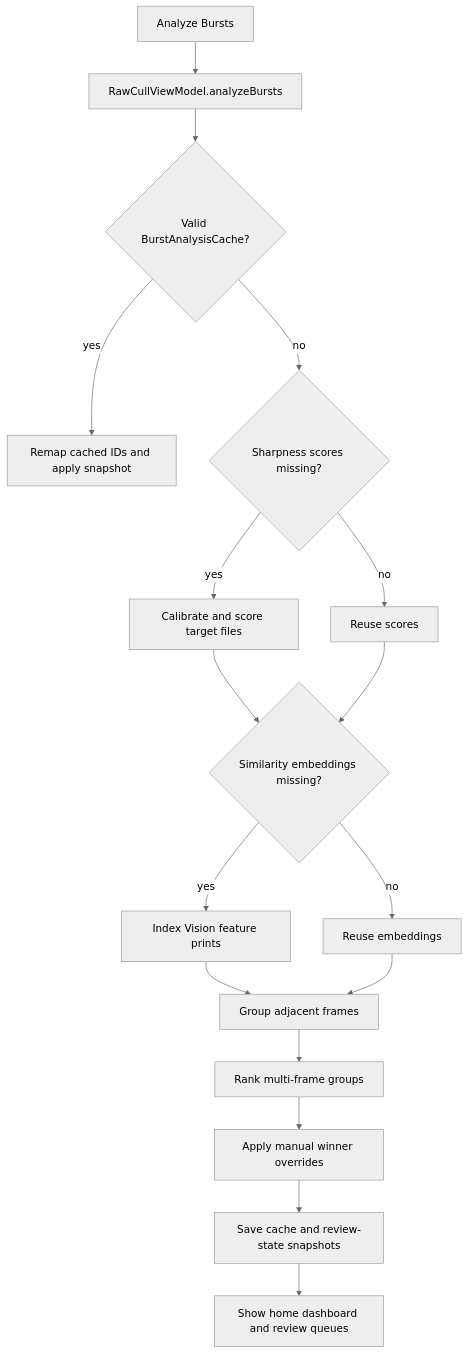
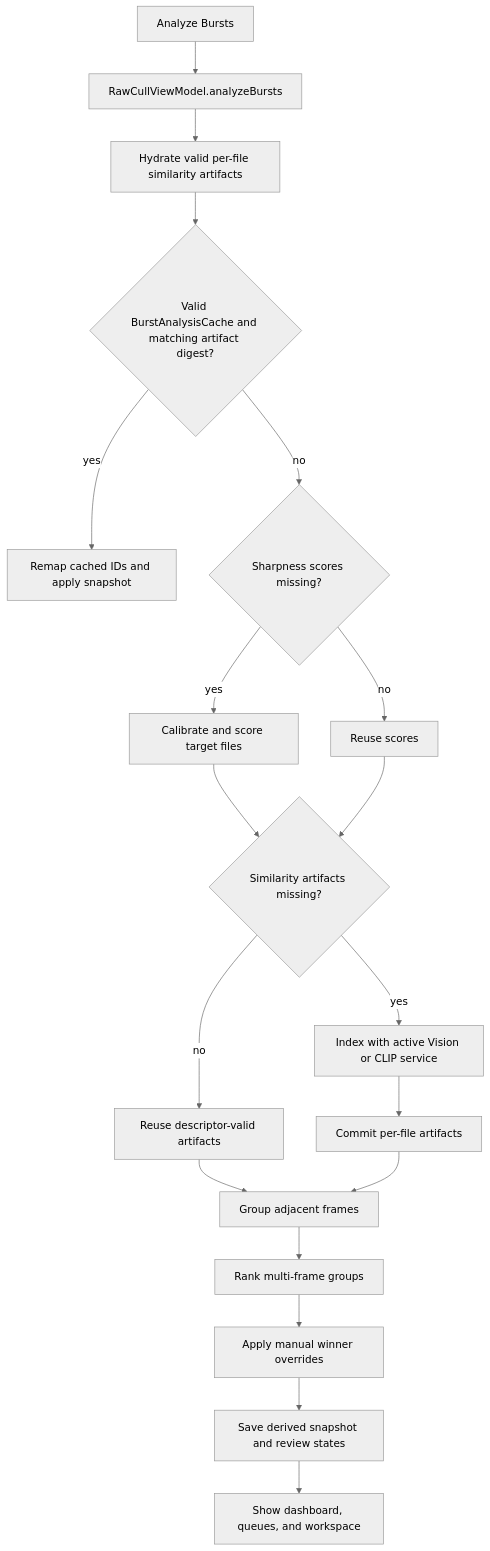
Before and after one commit to rsyncOSX/TechDocRawcull: the diagram in content/en/docs/burstgroup.md, drawn with Mermaid (neutral theme). The commit also changed other lines of this file and 4 other files, not shown here.

````diff
--- a/content/en/docs/burstgroup.md
+++ b/content/en/docs/burstgroup.md
@@ -33,19 +44,21 @@
 ```mermaid
 flowchart TD
     A["Analyze Bursts"] --> B["RawCullViewModel.analyzeBursts"]
-    B --> C{"Valid BurstAnalysisCache?"}
-    C -->|"yes"| D["Remap cached IDs and apply snapshot"]
-    C -->|"no"| E{"Sharpness scores missing?"}
-    E -->|"yes"| F["Calibrate and score target files"]
-    E -->|"no"| G["Reuse scores"]
-    F --> H{"Similarity embeddings missing?"}
-    G --> H
-    H -->|"yes"| I["Index Vision feature prints"]
-    H -->|"no"| J["Reuse embeddings"]
-    I --> K["Group adjacent frames"]
-    J --> K
-    K --> L["Rank multi-frame groups"]
-    L --> M["Apply manual winner overrides"]
-    M --> N["Save cache and review-state snapshots"]
-    N --> O["Show home dashboard and review queues"]
+    B --> C["Hydrate valid per-file similarity artifacts"]
+    C --> D{"Valid BurstAnalysisCache and matching artifact digest?"}
+    D -->|"yes"| E["Remap cached IDs and apply snapshot"]
+    D -->|"no"| F{"Sharpness scores missing?"}
+    F -->|"yes"| G["Calibrate and score target files"]
+    F -->|"no"| H["Reuse scores"]
+    G --> I{"Similarity artifacts missing?"}
+    H --> I
+    I -->|"yes"| J["Index with active Vision or CLIP service"]
+    I -->|"no"| K["Reuse descriptor-valid artifacts"]
+    J --> L["Commit per-file artifacts"]
+    K --> M["Group adjacent frames"]
+    L --> M
+    M --> N["Rank multi-frame groups"]
+    N --> O["Apply manual winner overrides"]
+    O --> P["Save derived snapshot and review states"]
+    P --> Q["Show dashboard, queues, and workspace"]
 ```
````
